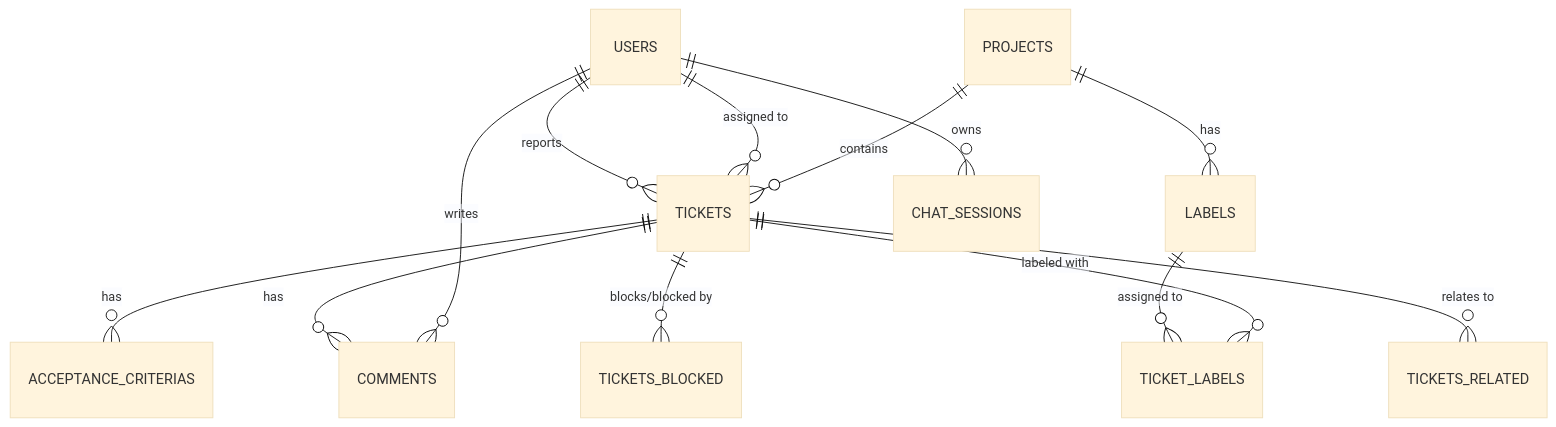
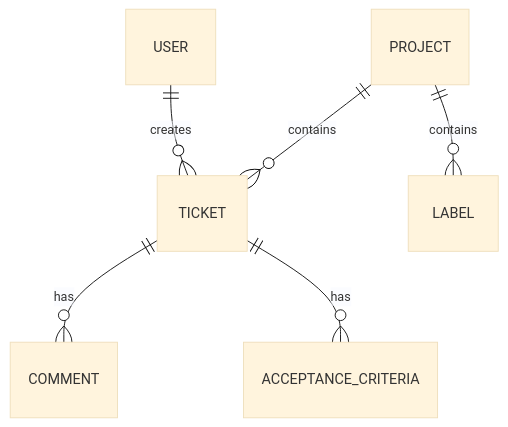
Before and after one commit to Jenga-PMS/Jenga-PMS.github.io: the first of 2 diagrams in docs/architecture/backend/data_models.md, drawn with Mermaid (base theme). The commit also changed other lines of this file and 5 other files, not shown here.

````diff
--- a/docs/architecture/backend/data_models.md
+++ b/docs/architecture/backend/data_models.md
@@ -4,16 +3,8 @@
-    ``` mermaid
-    erDiagram
-        PROJECTS ||--o{ TICKETS : "contains"
-        PROJECTS ||--o{ LABELS : "has"
-        USERS ||--o{ TICKETS : "assigned to"
-        USERS ||--o{ TICKETS : "reports"
-        USERS ||--o{ COMMENTS : "writes"
-        USERS ||--o{ CHAT_SESSIONS : "owns"
-        TICKETS ||--o{ ACCEPTANCE_CRITERIAS : "has"
-        TICKETS ||--o{ COMMENTS : "has"
-        TICKETS ||--o{ TICKET_LABELS : "labeled with"
-        LABELS ||--o{ TICKET_LABELS : "assigned to"
-        
-        TICKETS ||--o{ TICKETS_BLOCKED : "blocks/blocked by"
-        TICKETS ||--o{ TICKETS_RELATED : "relates to"
-    ```
+``` mermaid
+erDiagram
+    PROJECT ||--o{ TICKET : contains
+    PROJECT ||--o{ LABEL: contains
+    USER ||--o{ TICKET : creates
+    TICKET ||--o{ COMMENT : has
+    TICKET ||--o{ ACCEPTANCE_CRITERIA : has
+```
````
